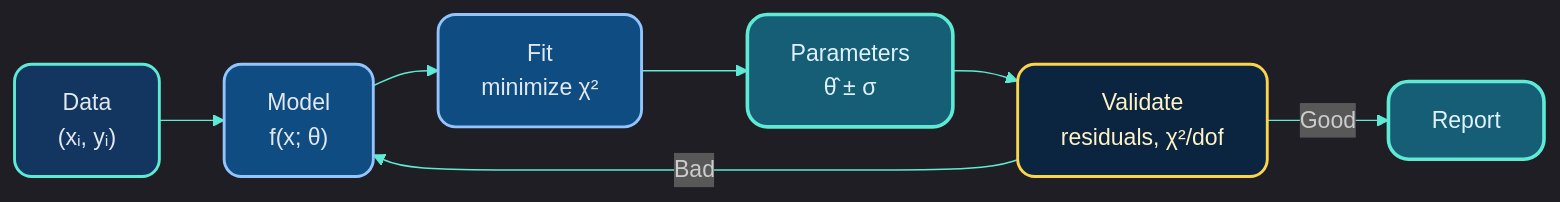
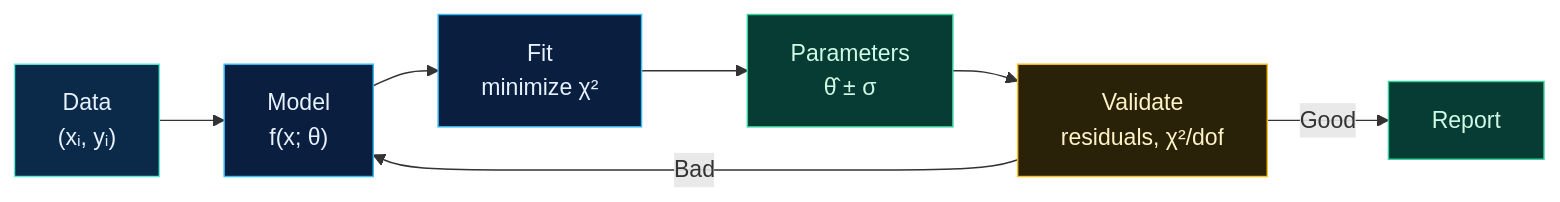
The diagram in lectures/content/slides/12_Data_Fitting.md (MindaugasSarpis/CERN_lessons_on_data_analysis), drawn with Mermaid before and after one commit. The commit also changed 11 other files, not shown here.

````diff
--- a/lectures/content/slides/12_Data_Fitting.md
+++ b/lectures/content/slides/12_Data_Fitting.md
@@ -182,15 +182,15 @@
 ```mermaid {scale: 1.0}
-%%{init: {'theme': 'dark', 'themeVariables': {'primaryColor': '#0f1f3d', 'primaryBorderColor': '#60a5fa', 'primaryTextColor': '#e2e8f0', 'secondaryColor': '#102b4c', 'lineColor': '#5eead4', 'fontFamily': 'Inter, system-ui, sans-serif'}, 'flowchart': {'curve': 'basis', 'htmlLabels': true, 'useMaxWidth': true, 'nodeSpacing': 40, 'rankSpacing': 45}}}%%
+%%{init: {'flowchart': {'nodeSpacing': 40, 'rankSpacing': 45}}}%%
 flowchart LR
     Data["Data<br/>(xᵢ, yᵢ)"]:::input --> Model["Model<br/>f(x; θ)"]:::process
     Model --> Fit["Fit<br/>minimize χ²"]:::process
     Fit --> Params["Parameters<br/>θ̂ ± σ"]:::output
     Params --> Validate["Validate<br/>residuals, χ²/dof"]:::check
     Validate -->|Good| Report["Report"]:::output
     Validate -->|Bad| Model
 
-    classDef input fill:#133661,stroke:#5eead4,stroke-width:2px,color:#e2e8f0,rx:12px,ry:12px
-    classDef process fill:#0f4c81,stroke:#93c5fd,stroke-width:2px,color:#e2e8f0,rx:12px,ry:12px
-    classDef output fill:#155e75,stroke:#5eead4,stroke-width:2.5px,color:#e0f2fe,rx:14px,ry:14px
-    classDef check fill:#0b2540,stroke:#fcd34d,stroke-width:2px,color:#fef3c7,rx:12px,ry:12px
+    classDef input fill:#0b2a4a,stroke:#5eead4,color:#e8f1ff
+    classDef process fill:#0a1f3f,stroke:#38bdf8,color:#e8f1ff
+    classDef output fill:#063c34,stroke:#34d399,color:#d1fae5
+    classDef check fill:#2a2208,stroke:#fbbf24,color:#fef3c7
 ```
````
